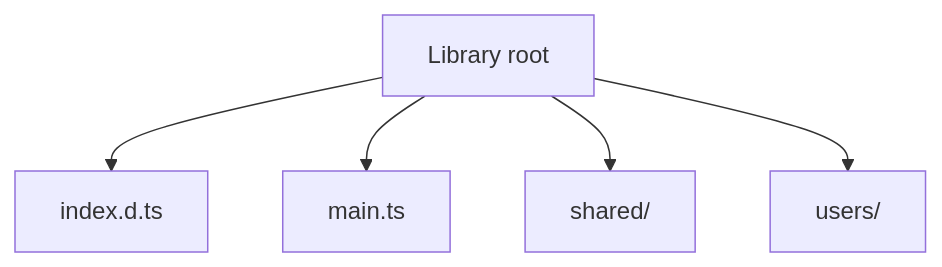
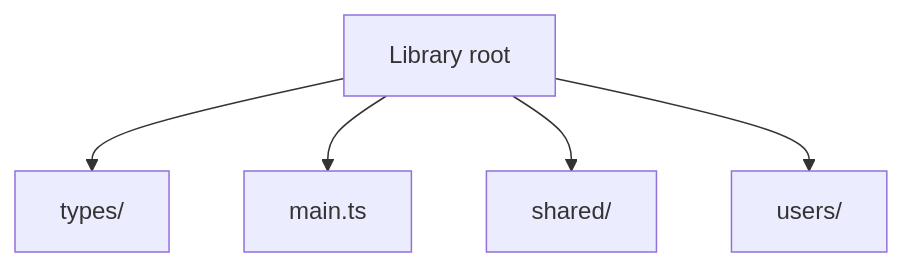
The first of 7 diagrams in docs/library-structure.md (virtualitems/tshex-cli), drawn with Mermaid before and after one commit. The commit also changed other lines of this file and 4 other files, not shown here.

First line of the commit message:
group root type declarations under templates/lib/types/

````diff
--- a/docs/library-structure.md
+++ b/docs/library-structure.md
@@ -16,7 +16,7 @@
 ```mermaid
 flowchart TD
-    root["Library root"] --> index["index.d.ts"]
+    root["Library root"] --> types["types/"]
     root --> main["main.ts"]
     root --> shared["shared/"]
     root --> users["users/"]
 ```
````
